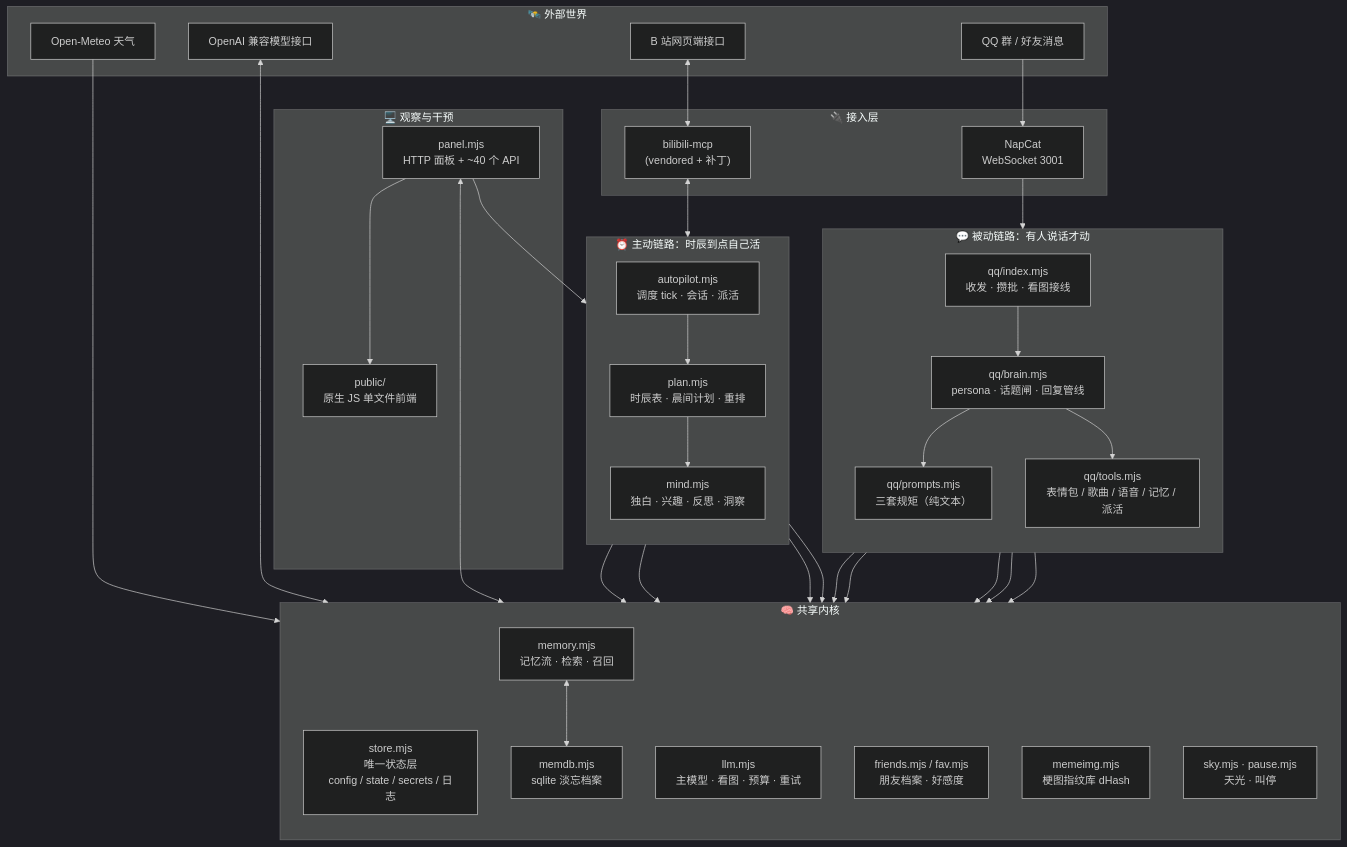
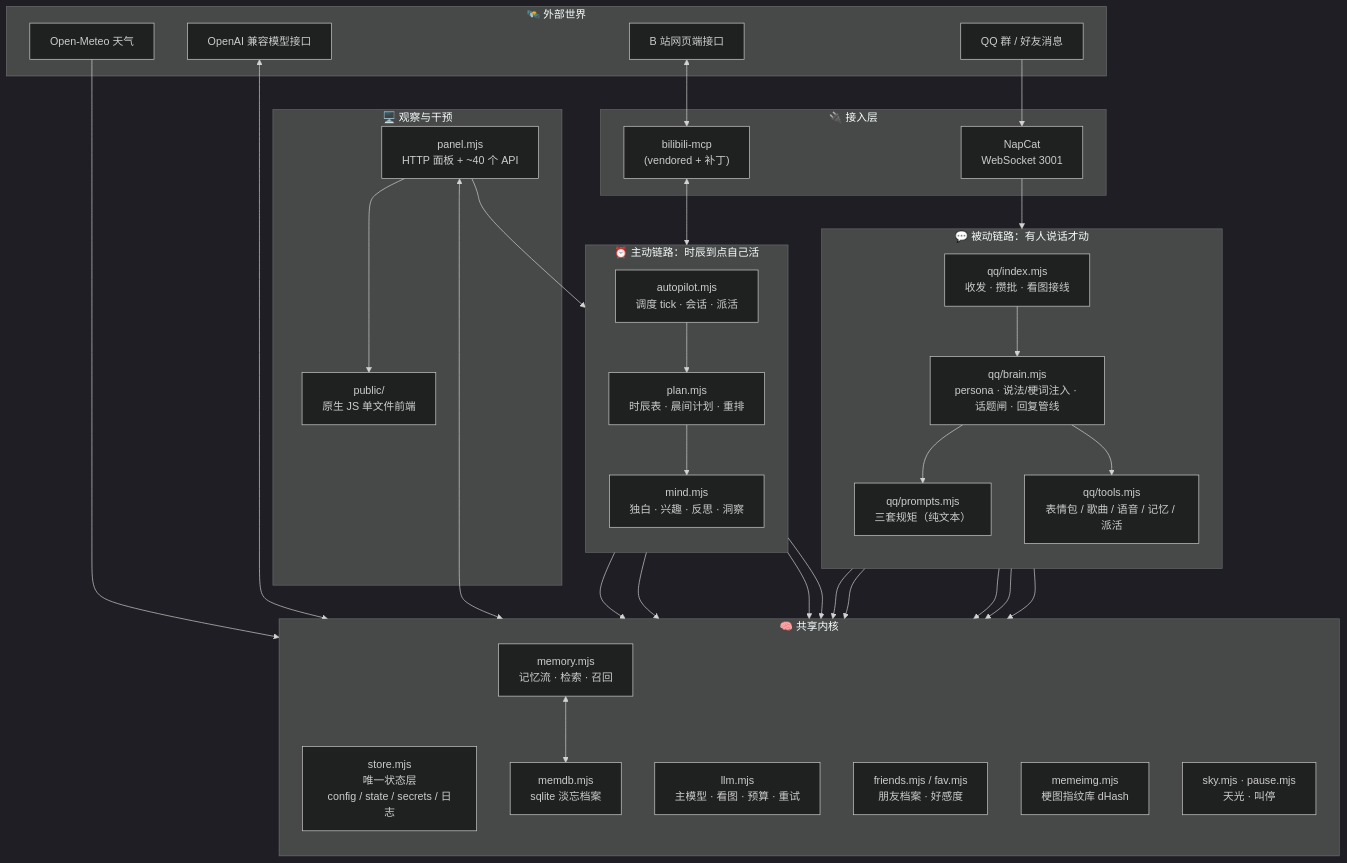
Before and after one commit to Yeson-mdk/Aquarium-control-panel: the diagram in README.md, drawn with Mermaid (dark theme). The commit also changed other lines of this file and 22 other files, not shown here.

````diff
--- a/README.md
+++ b/README.md
@@ -156,70 +164,70 @@
 ```mermaid
 flowchart TB
     subgraph EXT["🛰️ 外部世界"]
         QQ["QQ 群 / 好友消息"]
         BILI["B 站网页端接口"]
         SKY["Open-Meteo 天气"]
         LLMAPI["OpenAI 兼容模型接口"]
     end
 
     subgraph ACCESS["🔌 接入层"]
         NAPCAT["NapCat<br/>WebSocket 3001"]
         MCP["bilibili-mcp<br/>(vendored + 补丁)"]
     end
 
     subgraph QQFLOW["💬 被动链路：有人说话才动"]
         direction TB
         IDX["qq/index.mjs<br/>收发 · 攒批 · 看图接线"]
-        BRAIN["qq/brain.mjs<br/>persona · 话题闸 · 回复管线"]
+        BRAIN["qq/brain.mjs<br/>persona · 说法/梗词注入 · 话题闸 · 回复管线"]
         PROMPT["qq/prompts.mjs<br/>三套规矩（纯文本）"]
         TOOLS["qq/tools.mjs<br/>表情包 / 歌曲 / 语音 / 记忆 / 派活"]
         IDX --> BRAIN
         BRAIN --> PROMPT
         BRAIN --> TOOLS
     end
 
     subgraph AUTOFLOW["⏰ 主动链路：时辰到点自己活"]
         direction TB
         TICK["autopilot.mjs<br/>调度 tick · 会话 · 派活"]
         PLAN["plan.mjs<br/>时辰表 · 晨间计划 · 重排"]
         MIND["mind.mjs<br/>独白 · 兴趣 · 反思 · 洞察"]
         TICK --> PLAN
         PLAN --> MIND
     end
 
     subgraph CORE["🧠 共享内核"]
         direction TB
         STORE["store.mjs<br/>唯一状态层<br/>config / state / secrets / 日志"]
         LLM["llm.mjs<br/>主模型 · 看图 · 预算 · 重试"]
         MEM["memory.mjs<br/>记忆流 · 检索 · 召回"]
         DB["memdb.mjs<br/>sqlite 淡忘档案"]
         FAV["friends.mjs / fav.mjs<br/>朋友档案 · 好感度"]
         MEME["memeimg.mjs<br/>梗图指纹库 dHash"]
         SKYM["sky.mjs · pause.mjs<br/>天光 · 叫停"]
         MEM <--> DB
     end
 
     subgraph UI["🖥️ 观察与干预"]
         PANEL["panel.mjs<br/>HTTP 面板 + ~40 个 API"]
         WEB["public/<br/>原生 JS 单文件前端"]
         PANEL --> WEB
     end
 
     QQ --> NAPCAT --> IDX
     BILI <--> MCP
     MCP <--> TICK
     SKY --> SKYM
     LLMAPI <--> LLM
 
     BRAIN --> LLM
     BRAIN --> MEM
     BRAIN --> FAV
     BRAIN --> MEME
     MIND --> LLM
     MIND --> MEM
     PLAN --> MEM
     TICK --> STORE
     BRAIN --> STORE
     PANEL <--> STORE
     PANEL --> PLAN
 ```
````
